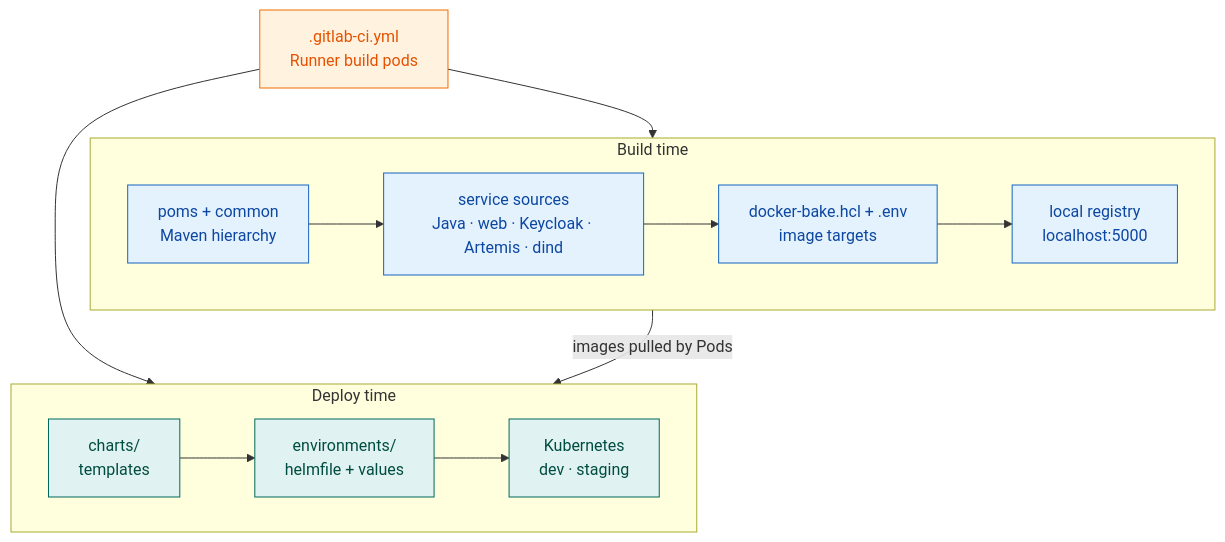
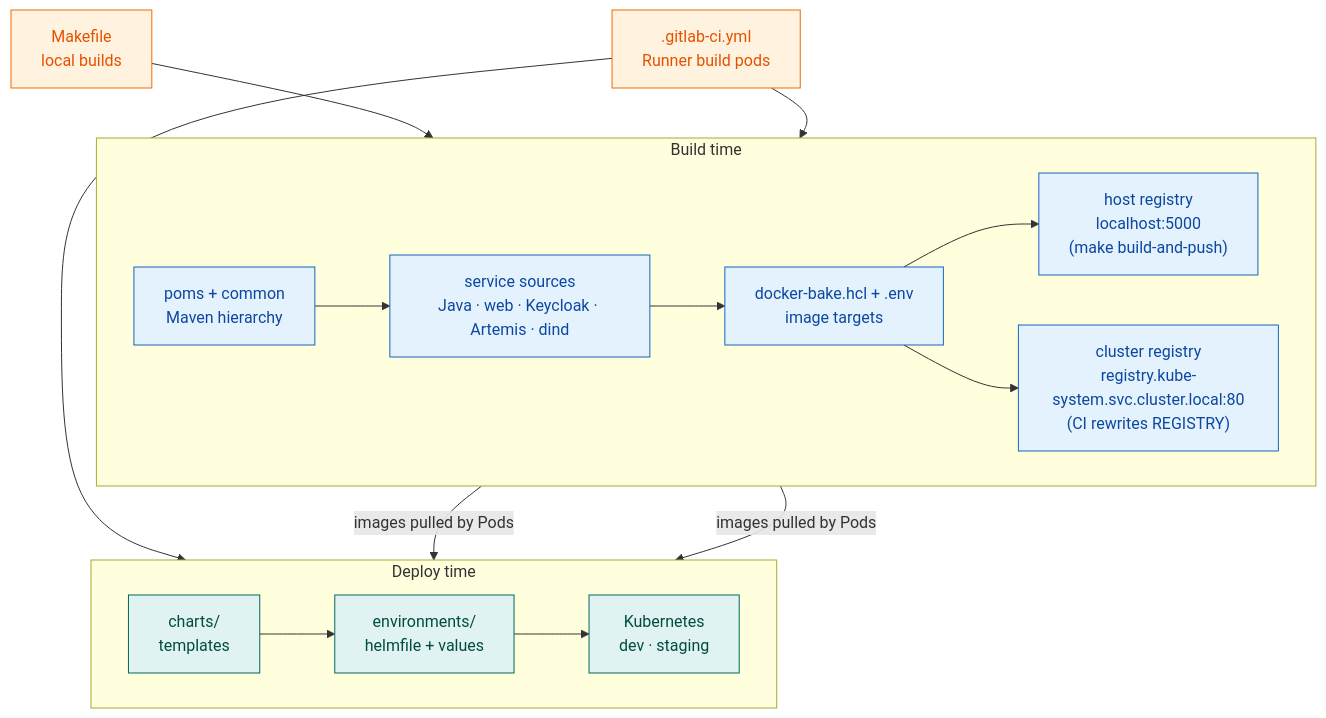
Before and after one commit to mohamad4444/cloud-native-purchase-system: the diagram in docs/technologies/overview.md, drawn with Mermaid. The commit also changed other lines of this file and 5 other files, not shown here.

Commit message:
docs: correct diagram inaccuracies found in source-code review

````diff
--- a/docs/technologies/overview.md
+++ b/docs/technologies/overview.md
@@ -66,30 +66,35 @@
 ```mermaid
 flowchart TB
   subgraph BUILD["Build time"]
     direction LR
     POM["poms + common<br/>Maven hierarchy"]
     SRC["service sources<br/>Java · web · Keycloak · Artemis · dind"]
     BAKE["docker-bake.hcl + .env<br/>image targets"]
-    REG["local registry<br/>localhost:5000"]
-    POM --> SRC --> BAKE --> REG
+    REG_LOCAL["host registry<br/>localhost:5000<br/>(make build-and-push)"]
+    REG_CI["cluster registry<br/>registry.kube-system.svc.cluster.local:80<br/>(CI rewrites REGISTRY)"]
+    POM --> SRC --> BAKE
+    BAKE --> REG_LOCAL
+    BAKE --> REG_CI
   end
 
   subgraph DEPLOY["Deploy time"]
     direction LR
     CH["charts/<br/>templates"]
     HF["environments/<br/>helmfile + values"]
     K8S["Kubernetes<br/>dev · staging"]
     CH --> HF --> K8S
   end
 
+  MAKE["Makefile<br/>local builds"] --> BAKE
   CI[".gitlab-ci.yml<br/>Runner build pods"] --> BAKE
   CI --> HF
-  REG -->|"images pulled by Pods"| K8S
+  REG_LOCAL -->|"images pulled by Pods"| K8S
+  REG_CI -->|"images pulled by Pods"| K8S
 
   classDef build fill:#e3f2fd,stroke:#1565c0,color:#0d47a1;
   classDef deploy fill:#e0f2f1,stroke:#00695c,color:#004d40;
   classDef ci fill:#fff3e0,stroke:#ef6c00,color:#e65100;
-  class POM,SRC,BAKE,REG build;
+  class POM,SRC,BAKE,REG_LOCAL,REG_CI build;
   class CH,HF,K8S deploy;
-  class CI ci;
+  class CI,MAKE ci;
 ```
````
